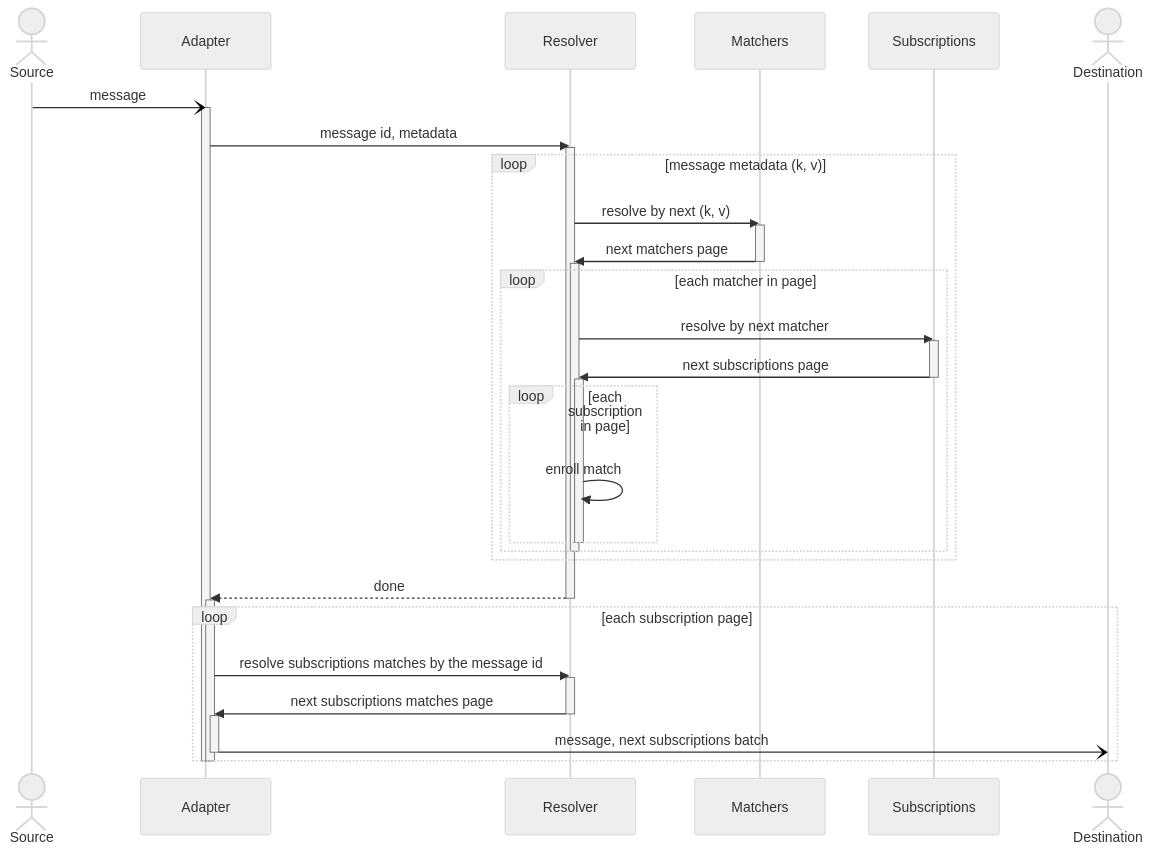
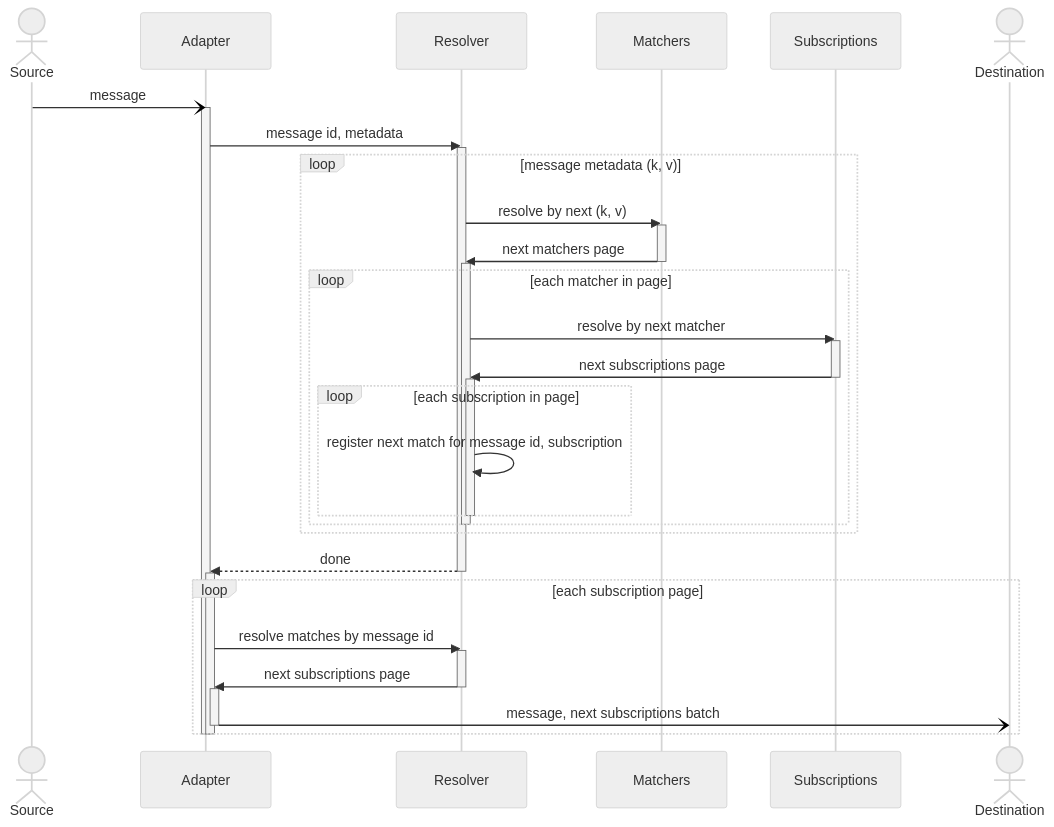
One commit to awakari/.github changed the diagram in profile/README.md. Above: the diagram before and after it, drawn with Mermaid.

````diff
--- a/profile/README.md
+++ b/profile/README.md
@@ -13,60 +13,60 @@
 ```mermaid
 %%{init: {'theme': 'neutral' } }%%
 sequenceDiagram
 
     actor Source
     participant Adapter
     participant Resolver
     participant Matchers
     participant Subscriptions
     actor Destination
 
     Source-)Adapter: message
     activate Adapter
     
     Adapter->>Resolver: message id, metadata
     activate Resolver
     
     loop message metadata (k, v)
     
         Resolver->>Matchers: resolve by next (k, v)
         activate Matchers
         Matchers->>Resolver: next matchers page
         deactivate Matchers
         
         activate Resolver
         loop each matcher in page
             
             Resolver->>Subscriptions: resolve by next matcher
             activate Subscriptions
             Subscriptions->>Resolver: next subscriptions page
             deactivate Subscriptions
             
             activate Resolver
             loop each subscription in page
-                Resolver->>Resolver: enroll match
+                Resolver->>Resolver: register next match for message id, subscription
             end
             deactivate Resolver
             
         end
         deactivate Resolver
     end
     
     
     
     Resolver-->>Adapter: done
     deactivate Resolver
 
     activate Adapter
     loop each subscription page
-        Adapter->>Resolver: resolve subscriptions matches by the message id
+        Adapter->>Resolver: resolve matches by message id
         activate Resolver
-        Resolver->>Adapter: next subscriptions matches page
+        Resolver->>Adapter: next subscriptions page
         deactivate Resolver
         activate Adapter
         Adapter-)Destination: message, next subscriptions batch
         deactivate Adapter
     end
     deactivate Adapter
     deactivate Adapter
 ```
````
